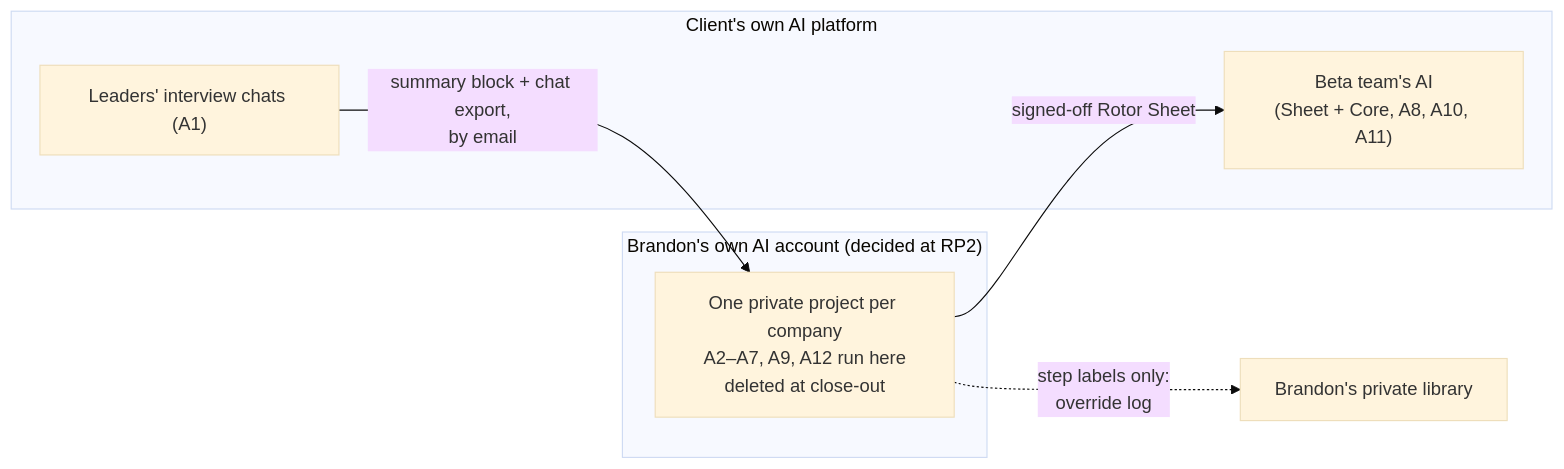
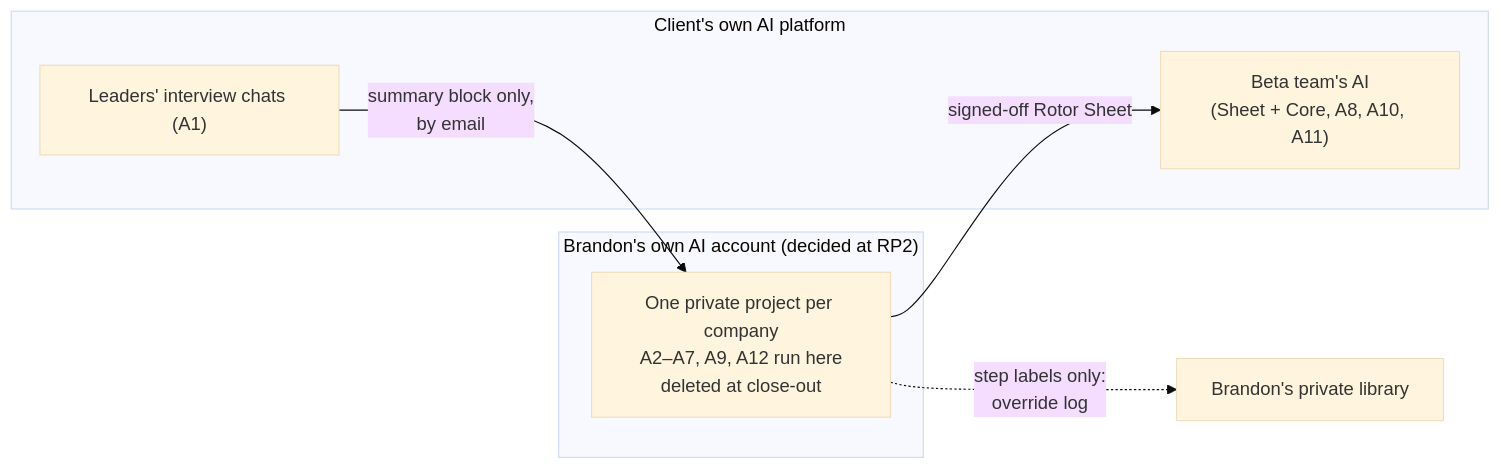
One commit to FranklinKinetics/Labs-Agents changed the third of 3 diagrams in rotor/product/rp2-spec.md. Above: the diagram before and after it, drawn with Mermaid (base theme). The commit also changed other lines of this file and 10 other files, not shown here.

First line of the commit message:
rotor-product: RP5 — summary-only data flow for the Distillation (Brandon's decision B); Distillation disclosure note; founding-Beta discount to be removed

````diff
--- a/rotor/product/rp2-spec.md
+++ b/rotor/product/rp2-spec.md
@@ -253,13 +253,13 @@
 ```mermaid
 flowchart LR
   subgraph CLIENT["Client's own AI platform"]
     L["Leaders' interview chats (A1)"]
     T["Beta team's AI<br/>(Sheet + Core, A8, A10, A11)"]
   end
   subgraph BR["Brandon's own AI account (decided at RP2)"]
     W["One private project per company<br/>A2–A7, A9, A12 run here<br/>deleted at close-out"]
   end
-  L -->|"summary block + chat export,<br/>by email"| W
+  L -->|"summary block only,<br/>by email"| W
   W -->|"signed-off Rotor Sheet"| T
   W -.->|"step labels only:<br/>override log"| LIB["Brandon's private library"]
 ```
````
